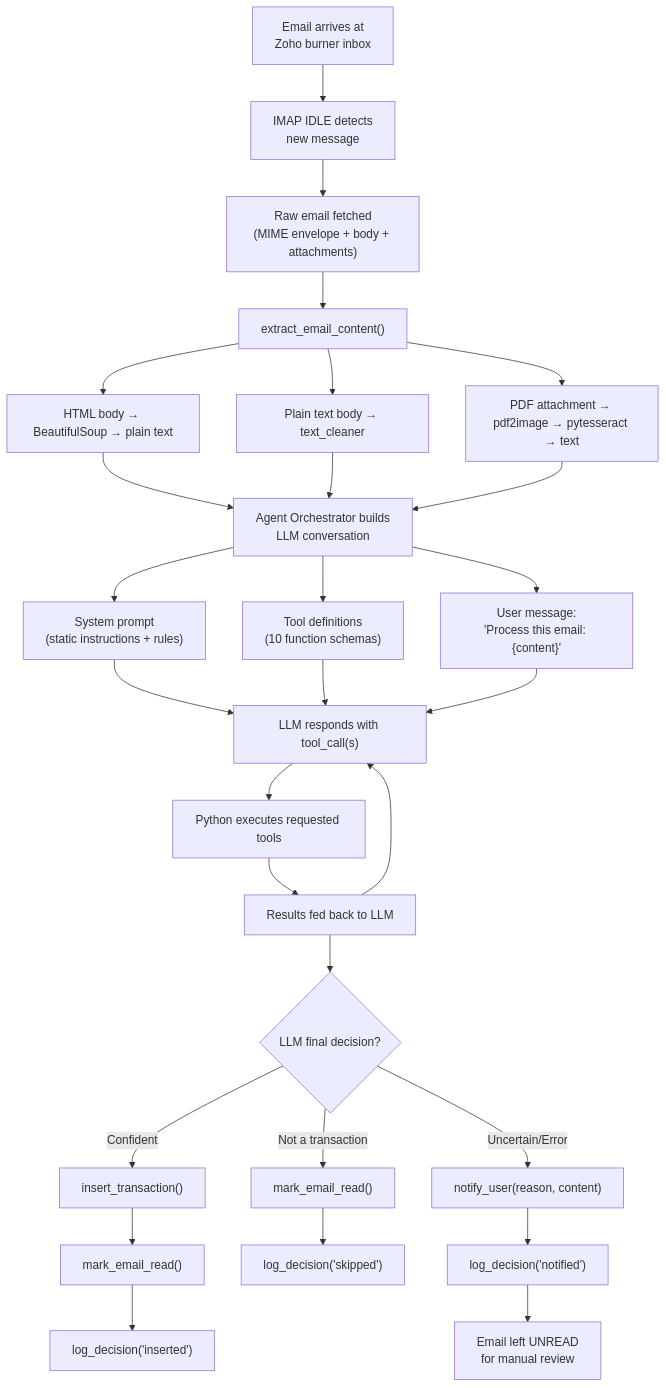
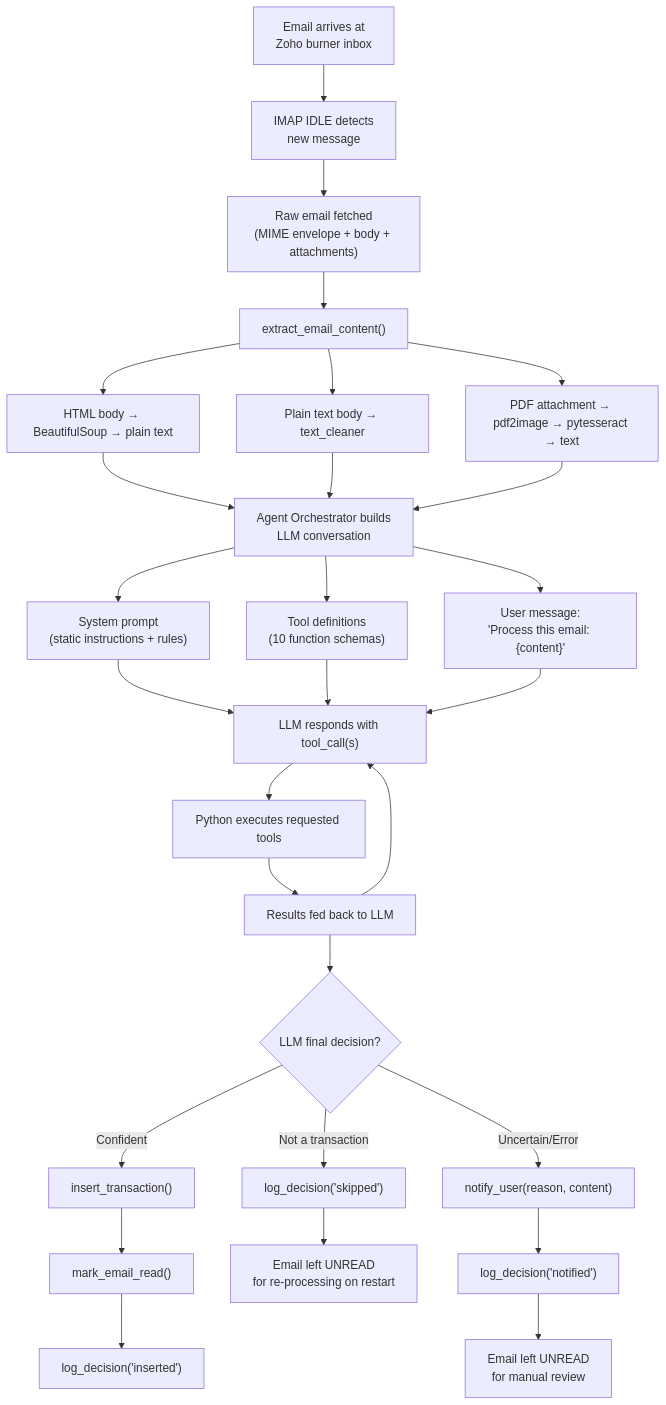
The sixth of 9 diagrams in design.md (darrencjh8/darren-openclaw), drawn with Mermaid before and after one commit. The commit also changed other lines of this file and 17 other files, not shown here.

````diff
--- a/design.md
+++ b/design.md
@@ -477,34 +477,34 @@
 ```mermaid
 flowchart TD
     A["Email arrives at<br/>Zoho burner inbox"] --> B["IMAP IDLE detects<br/>new message"]
     B --> C["Raw email fetched<br/>(MIME envelope + body + attachments)"]
     C --> D["extract_email_content()"]
     
     D --> D1["HTML body → BeautifulSoup → plain text"]
     D --> D2["Plain text body → text_cleaner"]
     D --> D3["PDF attachment → pdf2image → pytesseract → text"]
     
     D1 & D2 & D3 --> E["Agent Orchestrator builds<br/>LLM conversation"]
     
     E --> E1["System prompt<br/>(static instructions + rules)"]
     E --> E2["Tool definitions<br/>(10 function schemas)"]
     E --> E3["User message:<br/>'Process this email: {content}'"]
     
     E1 & E2 & E3 --> F["LLM responds with tool_call(s)"]
     F --> G["Python executes requested tools"]
     G --> H["Results fed back to LLM"]
     H --> F
     
     H --> I{"LLM final decision?"}
     
     I -->|"Confident"| J["insert_transaction()"]
     J --> K["mark_email_read()"]
     K --> L["log_decision('inserted')"]
     
-    I -->|"Not a transaction"| M["mark_email_read()"]
-    M --> N["log_decision('skipped')"]
+    I -->|"Not a transaction"| N["log_decision('skipped')"]
+    N --> Q2["Email left UNREAD<br/>for re-processing on restart"]
     
     I -->|"Uncertain/Error"| O["notify_user(reason, content)"]
     O --> P["log_decision('notified')"]
     P --> Q["Email left UNREAD<br/>for manual review"]
 ```
````
